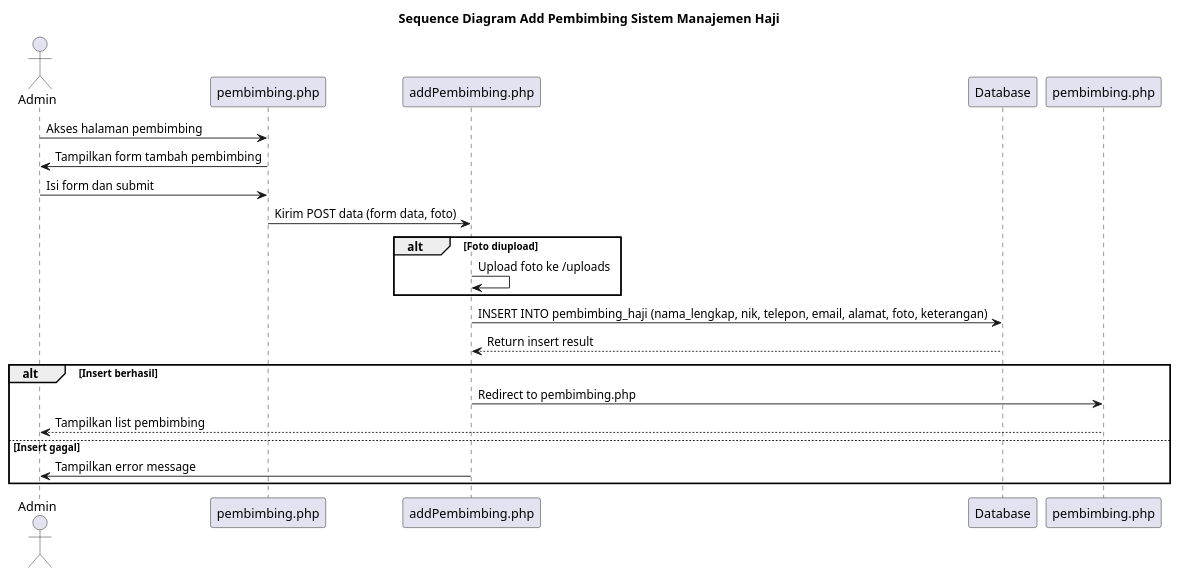
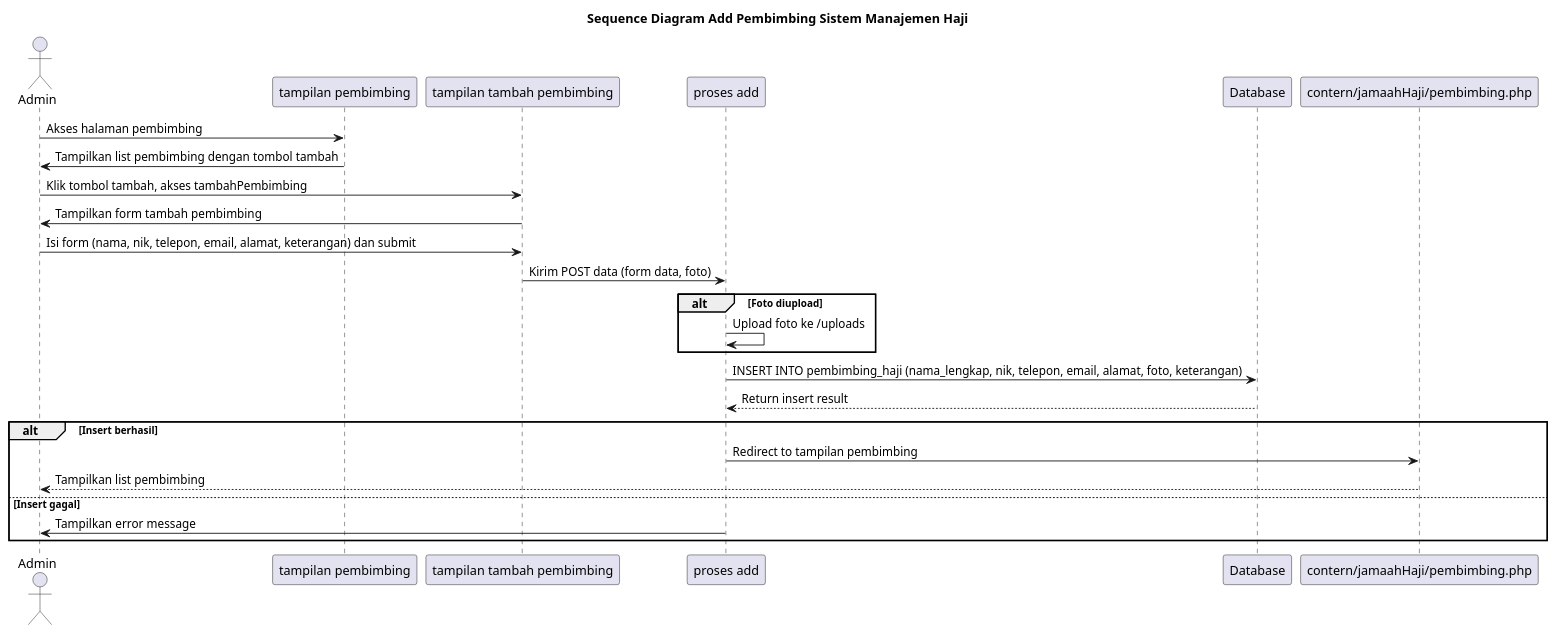
Before and after one commit to fauzirahayu/uzicom: the diagram in komponen/sequence_diagram_add_pembimbing.puml, drawn with PlantUML. The commit also changed 24 other files, not shown here.

```diff
--- a/komponen/sequence_diagram_add_pembimbing.puml
+++ b/komponen/sequence_diagram_add_pembimbing.puml
@@ -1,31 +1,35 @@
 @startuml Sequence Diagram Add Pembimbing
 
 title Sequence Diagram Add Pembimbing Sistem Manajemen Haji
 
 actor Admin as Admin
-participant "pembimbing.php" as PembimbingPage
-participant "addPembimbing.php" as AddPembimbing
+participant "tampilan pembimbing" as PembimbingPage
+participant "tampilan tambah pembimbing" as FormPage
+participant "proses add" as AddPembimbing
 participant "Database" as DB
-participant "pembimbing.php" as PembimbingList
+participant "contern/jamaahHaji/pembimbing.php" as PembimbingList
 
 Admin -> PembimbingPage: Akses halaman pembimbing
-PembimbingPage -> Admin: Tampilkan form tambah pembimbing
+PembimbingPage -> Admin: Tampilkan list pembimbing dengan tombol tambah
 
-Admin -> PembimbingPage: Isi form dan submit
-PembimbingPage -> AddPembimbing: Kirim POST data (form data, foto)
+Admin -> FormPage: Klik tombol tambah, akses tambahPembimbing
+FormPage -> Admin: Tampilkan form tambah pembimbing
+
+Admin -> FormPage: Isi form (nama, nik, telepon, email, alamat, keterangan) dan submit
+FormPage -> AddPembimbing: Kirim POST data (form data, foto)
 
 alt Foto diupload
     AddPembimbing -> AddPembimbing: Upload foto ke /uploads
 end
 
 AddPembimbing -> DB: INSERT INTO pembimbing_haji (nama_lengkap, nik, telepon, email, alamat, foto, keterangan)
 DB --> AddPembimbing: Return insert result
 
 alt Insert berhasil
-    AddPembimbing -> PembimbingList: Redirect to pembimbing.php
+    AddPembimbing -> PembimbingList: Redirect to tampilan pembimbing
     PembimbingList --> Admin: Tampilkan list pembimbing
 else Insert gagal
     AddPembimbing -> Admin: Tampilkan error message
 end
 
 @enduml
```
